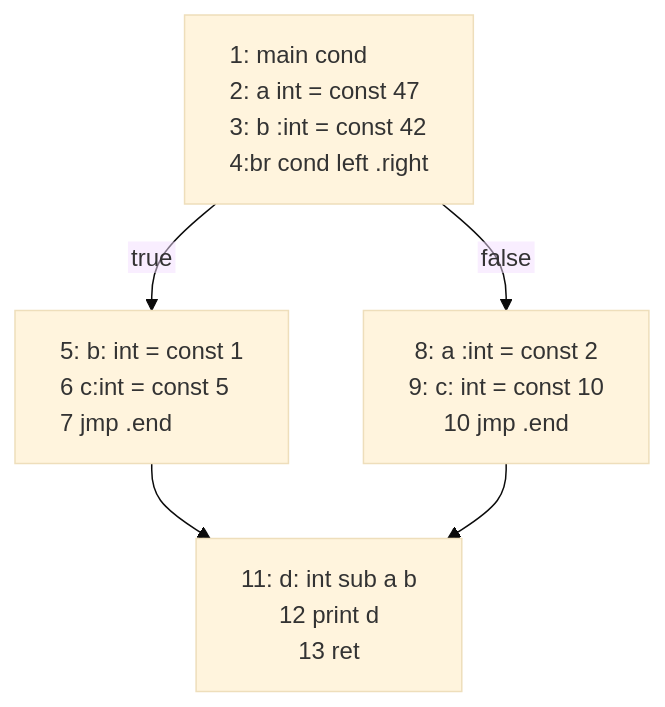
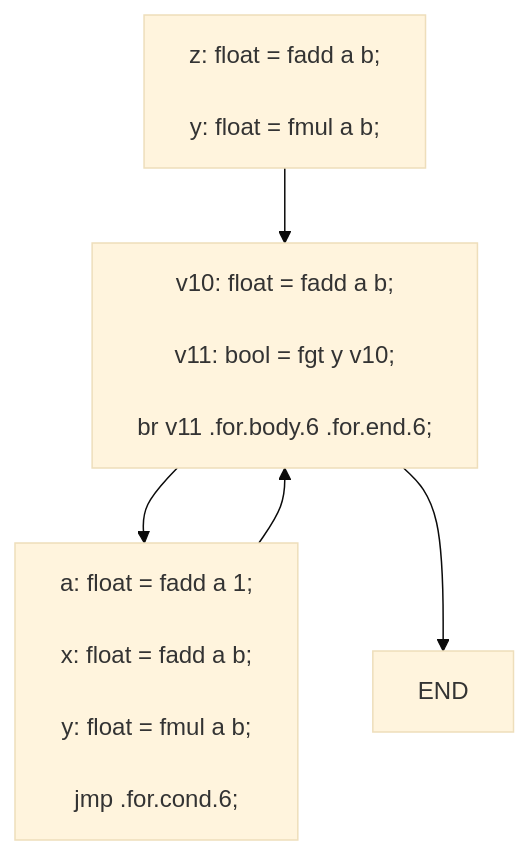
Before and after one commit to normrubin/normrubin.github.io: the first of 2 diagrams in lectures/04_data_flow.qmd, drawn with Mermaid (base theme). The commit also changed other lines of this file and 2 other files, not shown here.

````diff
--- a/lectures/04_data_flow.qmd
+++ b/lectures/04_data_flow.qmd
@@ -55,26 +111,25 @@
 ```{mermaid}
 %%{init: {"flowchart": {"htmlLabels": false}} }%%
+%%| echo: false
+graph TD
+A["z: float = fadd a b;\n
+  y: float = fmul a b;"]
+
+  B["v10: float = fadd a b;\n
+  v11: bool = fgt y v10;\n
+  br v11 .for.body.6 .for.end.6;"]
+
+  C["a: float = fadd a 1;\n
+  x: float = fadd a b;\n
+  y: float = fmul a b;\n
+  jmp .for.cond.6;"]
+
+  D["END"]
+
+  A-->B
+  B-->C
+  C--> B
+  B--> D
 
 
-graph TD
-style A text-align: left
-style B  text-align: left
-%% nodes 
-     A["1: main cond\n2: a int = const 47\n3: b :int = const 42\n4:br cond left .right"] 
-   
-   B["5: b: int = const 1
-   6 c:int = const 5 
-   7 jmp .end"]
-  
-   C["8: a :int = const 2
-   9: c: int = const 10
-   10 jmp .end"]
-    D["11: d: int sub  a b
-    12 print d
-    13 ret"]
-%% edges
-    A  -- true --> B
-    A  --false --> C
-    B --> D
-    C --> D
 ```
````
